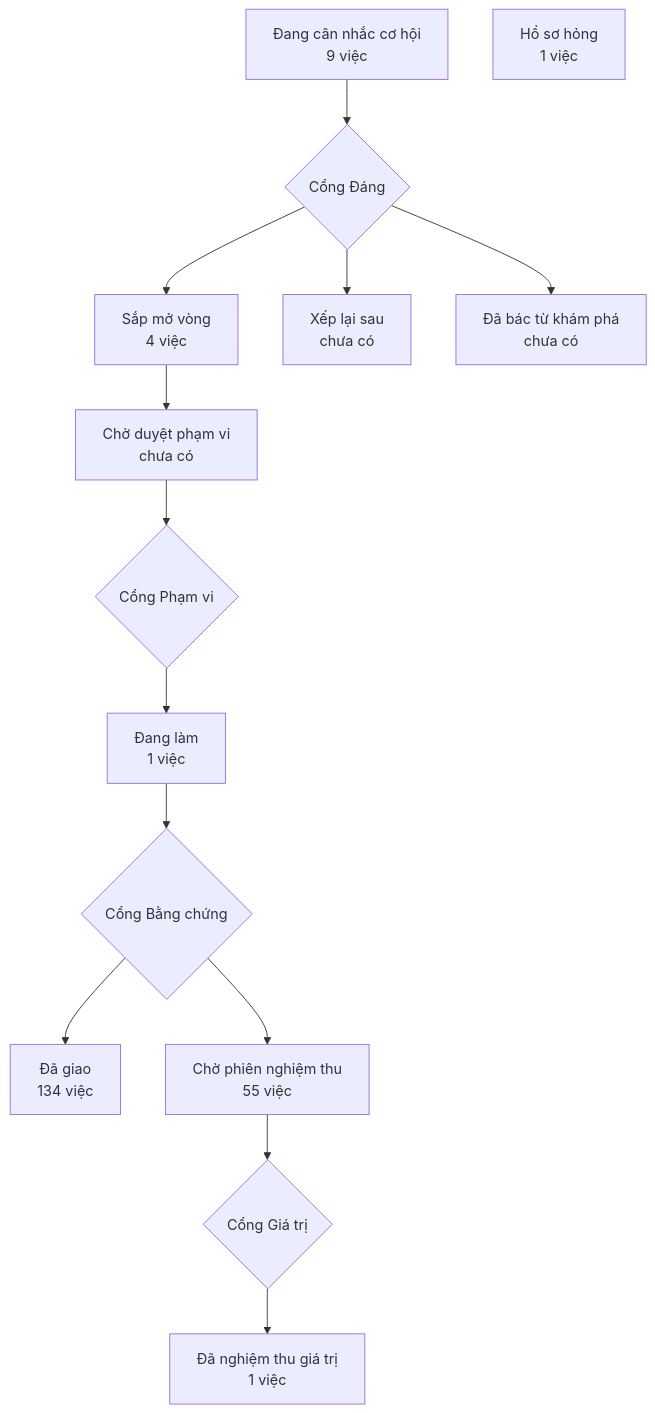
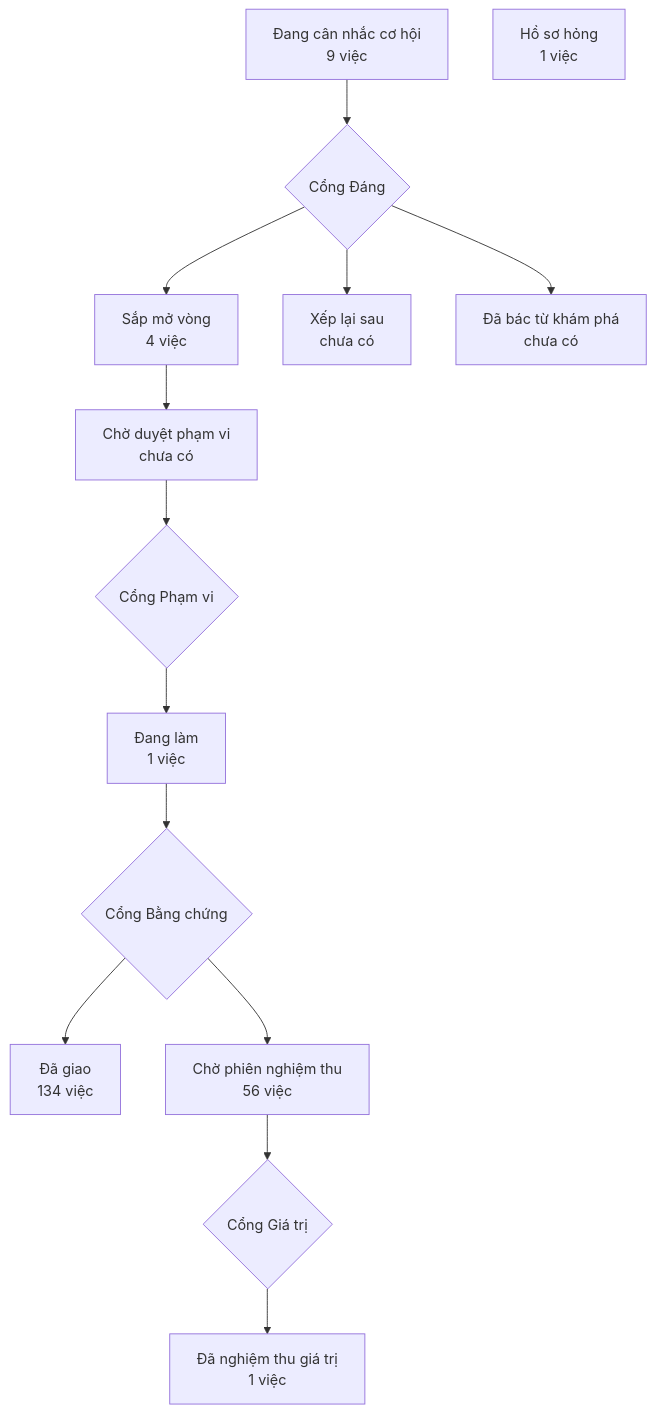
Before and after one commit to phanlemanh/crm-onehub: the diagram in PRODUCT-MAP.md, drawn with Mermaid. The commit also changed other lines of this file and 1 other file, not shown here.

Commit message:
chore: ve lai ban do san pham tu ban sach (zalo-gui-hong-ghi-ly-do)

````diff
--- a/PRODUCT-MAP.md
+++ b/PRODUCT-MAP.md
@@ -7,13 +7,13 @@
 ```mermaid
 flowchart TD
   A["Đang cân nhắc cơ hội<br/>9 việc"] --> GD{"Cổng Đáng"}
   GD --> B["Sắp mở vòng<br/>4 việc"]
   GD --> XL["Xếp lại sau<br/>chưa có"]
   GD --> DB["Đã bác từ khám phá<br/>chưa có"]
   B --> CD["Chờ duyệt phạm vi<br/>chưa có"] --> GP{"Cổng Phạm vi"}
   GP --> DL["Đang làm<br/>1 việc"] --> GB{"Cổng Bằng chứng"}
   GB --> DG["Đã giao<br/>134 việc"]
-  GB --> CN["Chờ phiên nghiệm thu<br/>55 việc"] --> GG{"Cổng Giá trị"}
+  GB --> CN["Chờ phiên nghiệm thu<br/>56 việc"] --> GG{"Cổng Giá trị"}
   GG --> NT["Đã nghiệm thu giá trị<br/>1 việc"]
   HS["Hồ sơ hỏng<br/>1 việc"]
 ```
````
